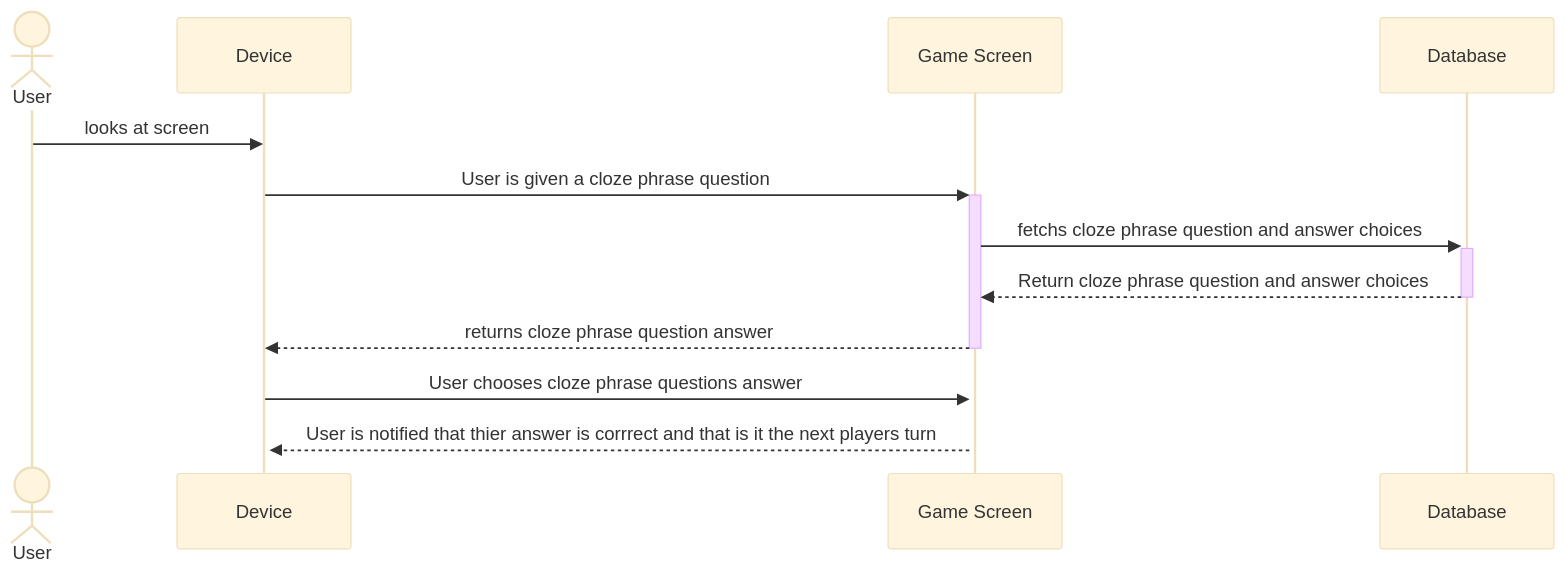
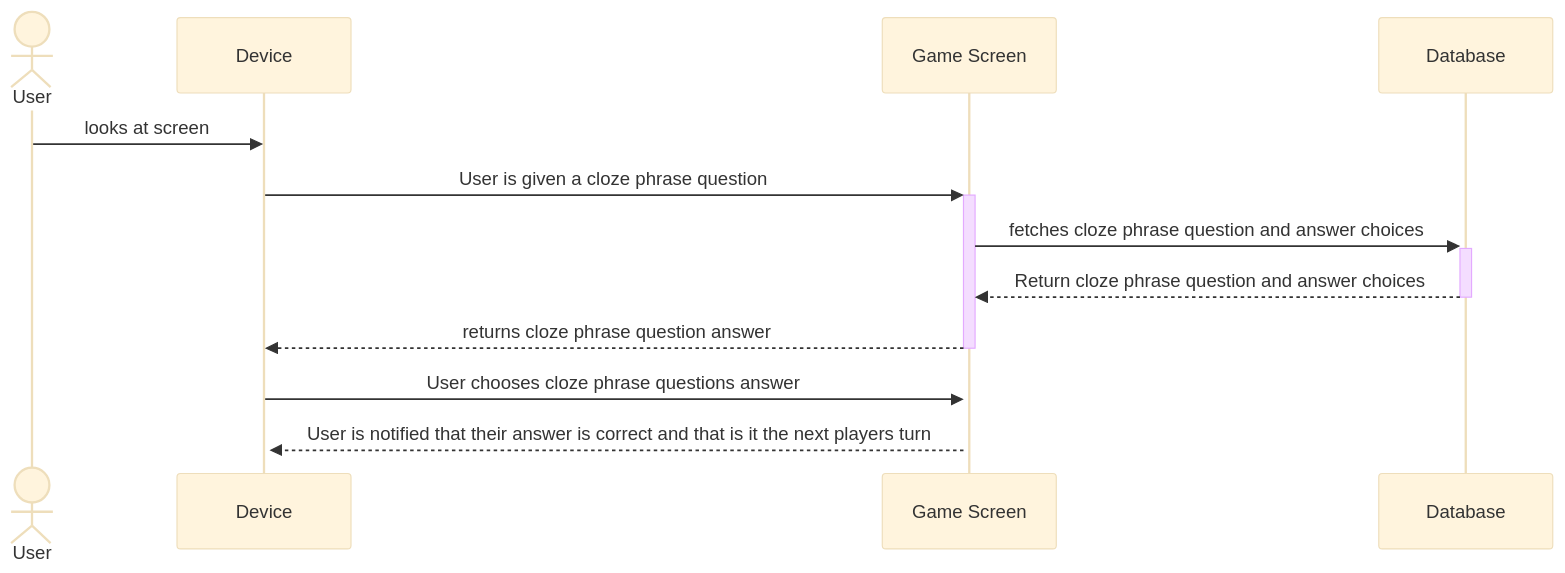
One commit to henryschoemer/project-aac-game-team-b_bugfix_team6 changed the third of 4 diagrams in documentation/docs/requirements/use-case-descriptions.md. Above: the diagram before and after it, drawn with Mermaid (base theme). The commit also changed other lines of this file, not shown here.

````diff
--- a/documentation/docs/requirements/use-case-descriptions.md
+++ b/documentation/docs/requirements/use-case-descriptions.md
@@ -98,19 +99,19 @@
 ```mermaid
 sequenceDiagram 
     actor User
     participant D as Device
     participant GR as Game Screen
     participant Database
 
 
 
 
     User ->> D: looks at screen 
     D ->>+ GR: User is given a cloze phrase question
-    GR ->>+ Database: fetchs cloze phrase question and answer choices
+    GR ->>+ Database: fetches cloze phrase question and answer choices
     Database -->>- GR: Return cloze phrase question and answer choices
     GR -->>- D: returns cloze phrase question answer
 
     D ->>+ GR: User chooses cloze phrase questions answer 
-    GR -->>+ D: User is notified that thier answer is corrrect and that is it the next players turn    
+    GR -->>+ D: User is notified that their answer is correct and that is it the next players turn    
 ```
````
